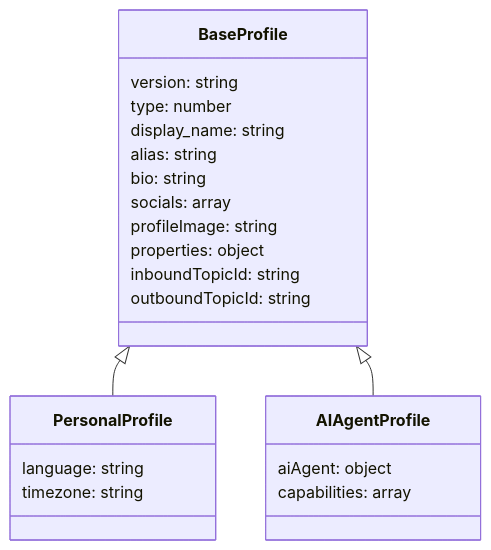
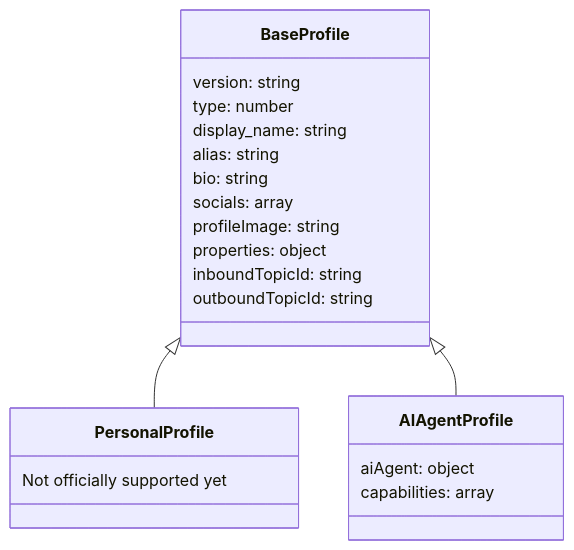
Before and after one commit to hashgraph-online/hcs-improvement-proposals: the second of 4 diagrams in docs/standards/hcs-11.md, drawn with Mermaid. The commit also changed other lines of this file, not shown here.

````diff
--- a/docs/standards/hcs-11.md
+++ b/docs/standards/hcs-11.md
@@ -143,28 +143,27 @@
 ```mermaid
 classDiagram
     class BaseProfile {
         version: string
         type: number
         display_name: string
         alias: string
         bio: string
         socials: array
         profileImage: string
         properties: object
         inboundTopicId: string
         outboundTopicId: string
     }
 
     class PersonalProfile {
-        language: string
-        timezone: string
+        Not officially supported yet
     }
 
     class AIAgentProfile {
         aiAgent: object
         capabilities: array
     }
 
     BaseProfile <|-- PersonalProfile
     BaseProfile <|-- AIAgentProfile
 ```
````
